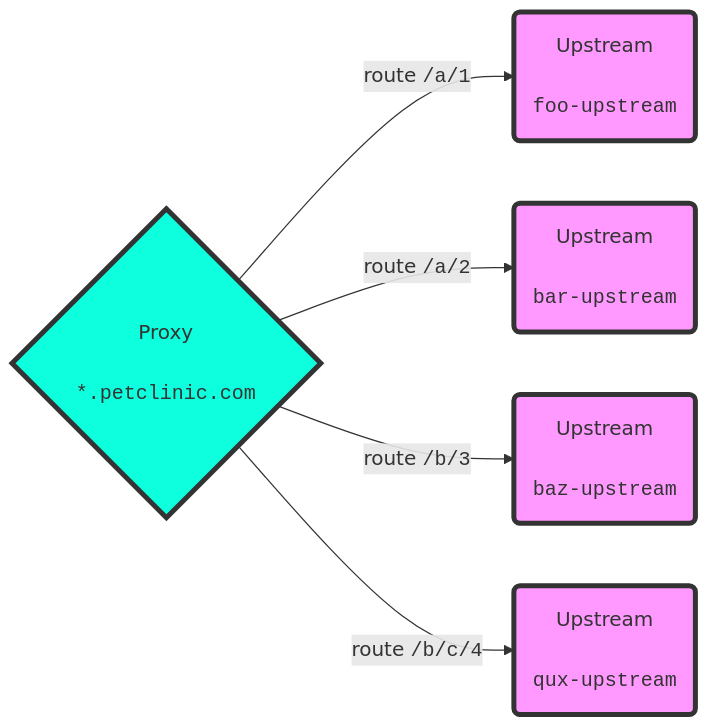
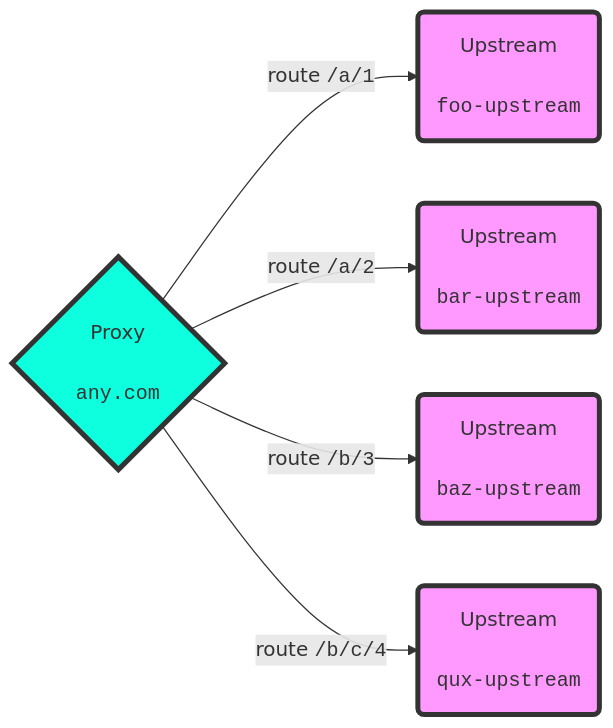
The eighth of 8 diagrams in gloo/docs/gloo_routing/virtual_services/delegation/_index.md (solo-io/gloo-docs), drawn with Mermaid before and after one commit.

```diff
--- a/gloo/docs/gloo_routing/virtual_services/delegation/_index.md
+++ b/gloo/docs/gloo_routing/virtual_services/delegation/_index.md
@@ -280,21 +280,21 @@
 {{<mermaid align="left">}}
 graph LR;
 
-    px{Proxy <br> <br> <code>*.petclinic.com</code>}
+    px{Proxy <br> <br> <code>any.com</code>}
     
     style px fill:#0DFFDD,stroke:#333,stroke-width:4px
     
     px -->|route <code>/a/1</code> | us1(Upstream <br> <br> <code>foo-upstream</code>)
     
     px -->|route <code>/a/2</code> | us2(Upstream <br> <br> <code>bar-upstream</code>)
     
     px -->|route <code>/b/3</code> | us3(Upstream <br> <br> <code>baz-upstream</code>)
     
     px -->|route <code>/b/c/4</code> | us4(Upstream <br> <br> <code>qux-upstream</code>)
     
      style us1 fill:#f9f,stroke:#333,stroke-width:4px
      style us2 fill:#f9f,stroke:#333,stroke-width:4px
      style us3 fill:#f9f,stroke:#333,stroke-width:4px
      style us4 fill:#f9f,stroke:#333,stroke-width:4px
     
 {{< /mermaid >}}
```
